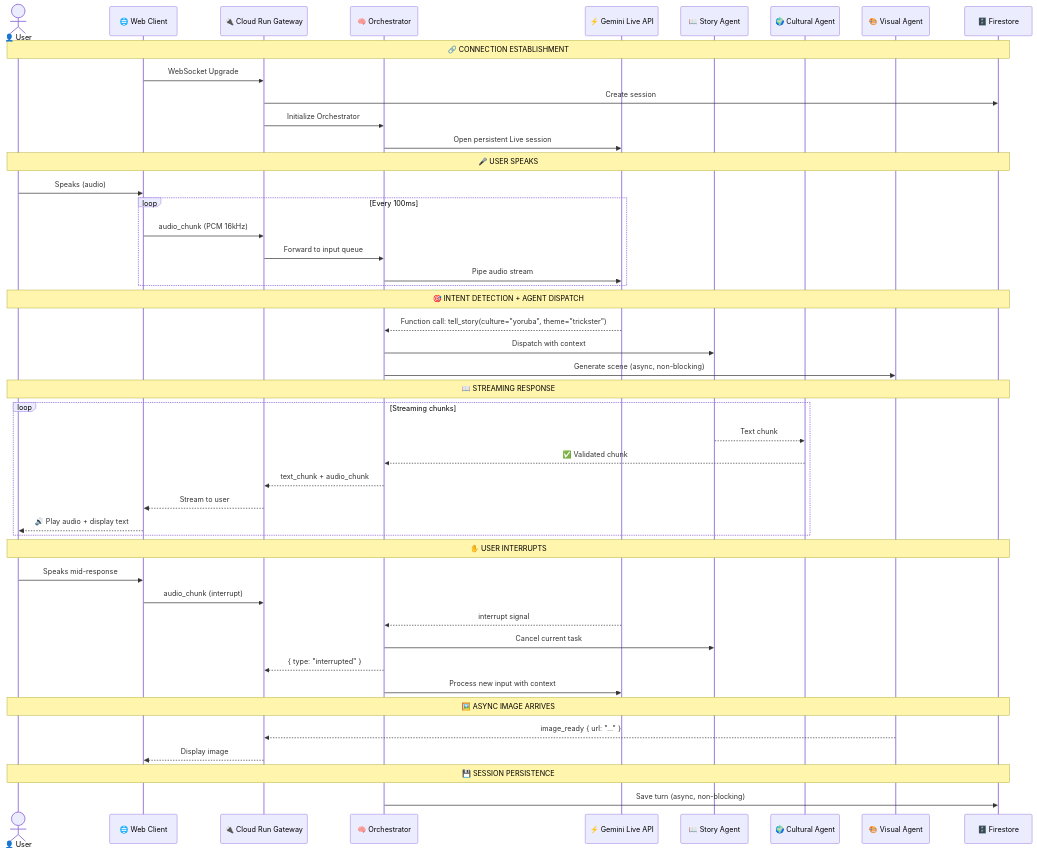
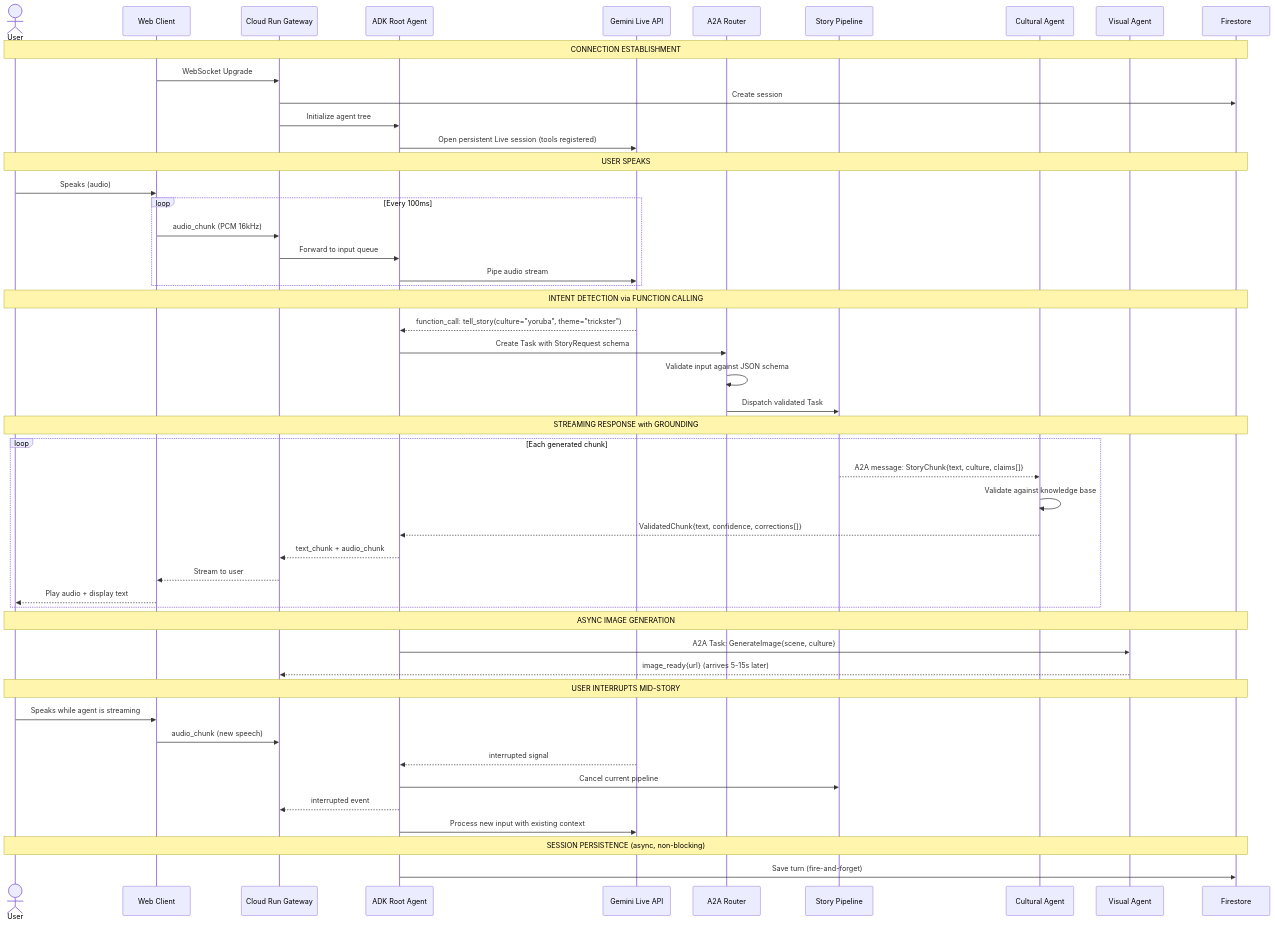
The fourth of 13 diagrams in docs/ARCHITECTURE.md (AbraImani/hadithiAI_orchestrator), drawn with Mermaid before and after one commit. The commit also changed other lines of this file and 18 other files, not shown here.

````diff
--- a/docs/ARCHITECTURE.md
+++ b/docs/ARCHITECTURE.md
@@ -215,55 +273,58 @@
 ```mermaid
 sequenceDiagram
-  actor User as 👤 User
-  participant Client as 🌐 Web Client
-  participant Gateway as 🔌 Cloud Run Gateway
-  participant Orch as 🧠 Orchestrator
-  participant Gemini as ⚡ Gemini Live API
-  participant Story as 📖 Story Agent
-  participant Culture as 🌍 Cultural Agent
-  participant Visual as 🎨 Visual Agent
-  participant DB as 🗄️ Firestore
+  actor User
+  participant Client as Web Client
+  participant Gateway as Cloud Run Gateway
+  participant ADK as ADK Root Agent
+  participant Gemini as Gemini Live API
+  participant A2A as A2A Router
+  participant Story as Story Pipeline
+  participant Cultural as Cultural Agent
+  participant Visual as Visual Agent
+  participant DB as Firestore
 
-  Note over User,DB: 🔗 CONNECTION ESTABLISHMENT
+  Note over User,DB: CONNECTION ESTABLISHMENT
   Client->>Gateway: WebSocket Upgrade
   Gateway->>DB: Create session
-  Gateway->>Orch: Initialize Orchestrator
-  Orch->>Gemini: Open persistent Live session
+  Gateway->>ADK: Initialize agent tree
+  ADK->>Gemini: Open persistent Live session (tools registered)
 
-  Note over User,DB: 🎤 USER SPEAKS
+  Note over User,DB: USER SPEAKS
   User->>Client: Speaks (audio)
   loop Every 100ms
     Client->>Gateway: audio_chunk (PCM 16kHz)
-    Gateway->>Orch: Forward to input queue
-    Orch->>Gemini: Pipe audio stream
+    Gateway->>ADK: Forward to input queue
+    ADK->>Gemini: Pipe audio stream
   end
 
-  Note over User,DB: 🎯 INTENT DETECTION + AGENT DISPATCH
-  Gemini-->>Orch: Function call: tell_story(culture="yoruba", theme="trickster")
-  Orch->>Story: Dispatch with context
-  Orch->>Visual: Generate scene (async, non-blocking)
+  Note over User,DB: INTENT DETECTION via FUNCTION CALLING
+  Gemini-->>ADK: function_call: tell_story(culture="yoruba", theme="trickster")
+  ADK->>A2A: Create Task with StoryRequest schema
+  A2A->>A2A: Validate input against JSON schema
+  A2A->>Story: Dispatch validated Task
 
-  Note over User,DB: 📖 STREAMING RESPONSE
-  loop Streaming chunks
-    Story-->>Culture: Text chunk
-    Culture-->>Orch: ✅ Validated chunk
-    Orch-->>Gateway: text_chunk + audio_chunk
+  Note over User,DB: STREAMING RESPONSE with GROUNDING
+  loop Each generated chunk
+    Story-->>Cultural: A2A message: StoryChunk{text, culture, claims[]}
+    Cultural->>Cultural: Validate against knowledge base
+    Cultural-->>ADK: ValidatedChunk{text, confidence, corrections[]}
+    ADK-->>Gateway: text_chunk + audio_chunk
     Gateway-->>Client: Stream to user
-    Client-->>User: 🔊 Play audio + display text
+    Client-->>User: Play audio + display text
   end
 
-  Note over User,DB: ✋ USER INTERRUPTS
-  User->>Client: Speaks mid-response
-  Client->>Gateway: audio_chunk (interrupt)
-  Gemini-->>Orch: interrupt signal
-  Orch->>Story: Cancel current task
-  Orch-->>Gateway: { type: "interrupted" }
-  Orch->>Gemini: Process new input with context
+  Note over User,DB: ASYNC IMAGE GENERATION
+  ADK->>Visual: A2A Task: GenerateImage{scene, culture}
+  Visual-->>Gateway: image_ready{url} (arrives 5-15s later)
 
-  Note over User,DB: 🖼️ ASYNC IMAGE ARRIVES
-  Visual-->>Gateway: image_ready { url: "..." }
-  Gateway-->>Client: Display image
+  Note over User,DB: USER INTERRUPTS MID-STORY
+  User->>Client: Speaks while agent is streaming
+  Client->>Gateway: audio_chunk (new speech)
+  Gemini-->>ADK: interrupted signal
+  ADK->>Story: Cancel current pipeline
+  ADK-->>Gateway: interrupted event
+  ADK->>Gemini: Process new input with existing context
 
-  Note over User,DB: 💾 SESSION PERSISTENCE
-  Orch->>DB: Save turn (async, non-blocking)
+  Note over User,DB: SESSION PERSISTENCE (async, non-blocking)
+  ADK->>DB: Save turn (fire-and-forget)
 ```
````
